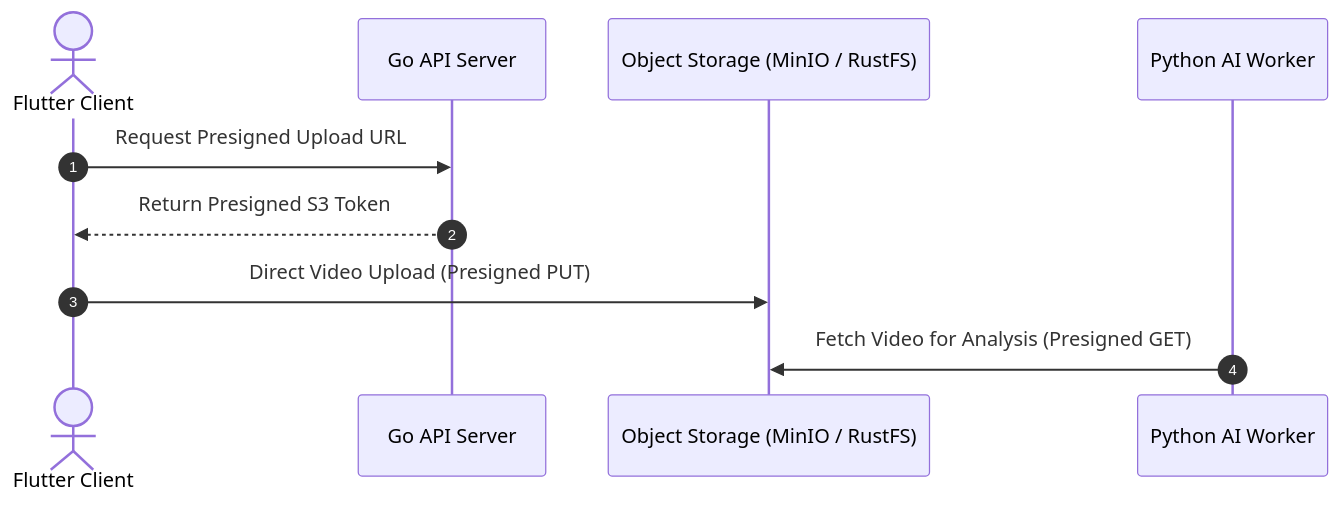
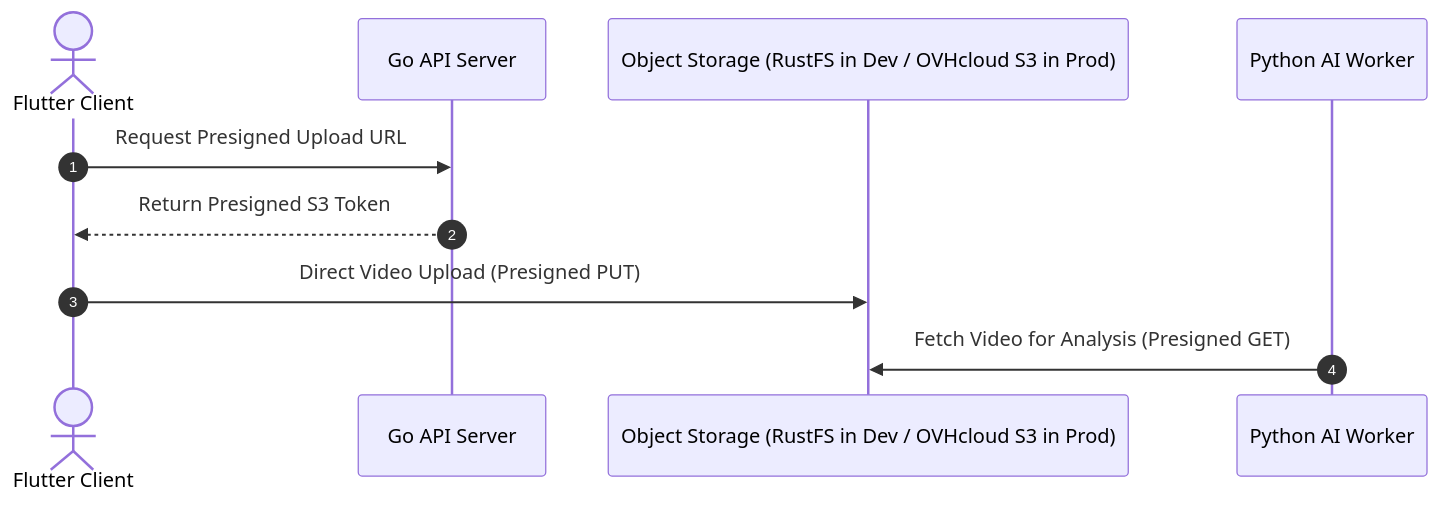
The diagram in docs/Ascension/developer/architecture/benchmark/object-storage.md (Ascension-EIP/Ascension), drawn with Mermaid before and after one commit. The commit also changed other lines of this file and 1 other file, not shown here.

Commit message:
docs(architecture): update cloud hosting and object storage documentation to reflect transition to OVHcloud

````diff
--- a/docs/Ascension/developer/architecture/benchmark/object-storage.md
+++ b/docs/Ascension/developer/architecture/benchmark/object-storage.md
@@ -28,14 +28,14 @@
 ```mermaid
 sequenceDiagram
     autonumber
     actor Client as Flutter Client
     participant API as Go API Server
-    participant Storage as Object Storage (MinIO / RustFS)
+    participant Storage as Object Storage (RustFS in Dev / OVHcloud S3 in Prod)
     participant Worker as Python AI Worker
 
     Client->>API: Request Presigned Upload URL
     API-->>Client: Return Presigned S3 Token
     Client->>Storage: Direct Video Upload (Presigned PUT)
     Worker->>Storage: Fetch Video for Analysis (Presigned GET)
 
 ```
````
